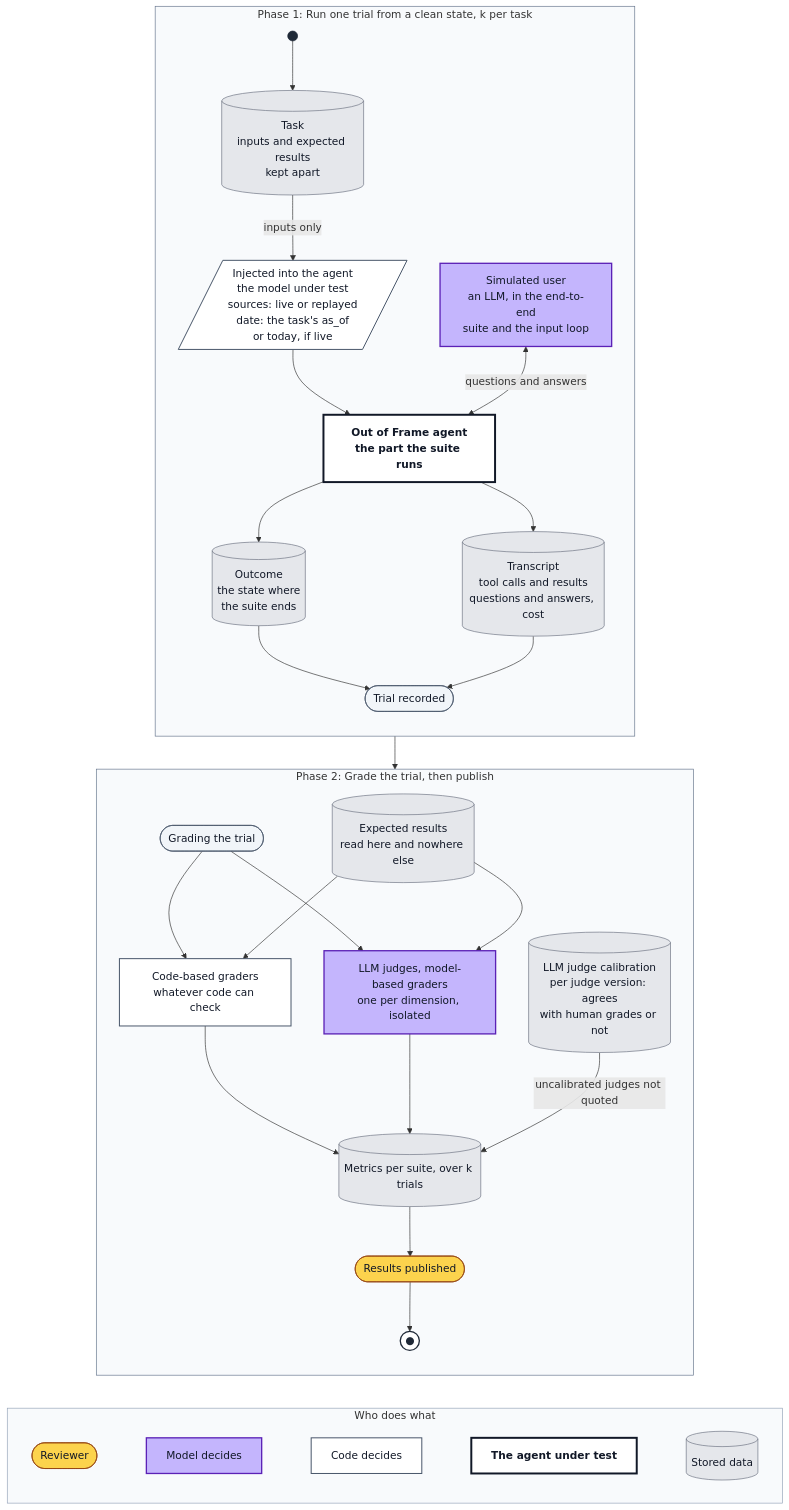
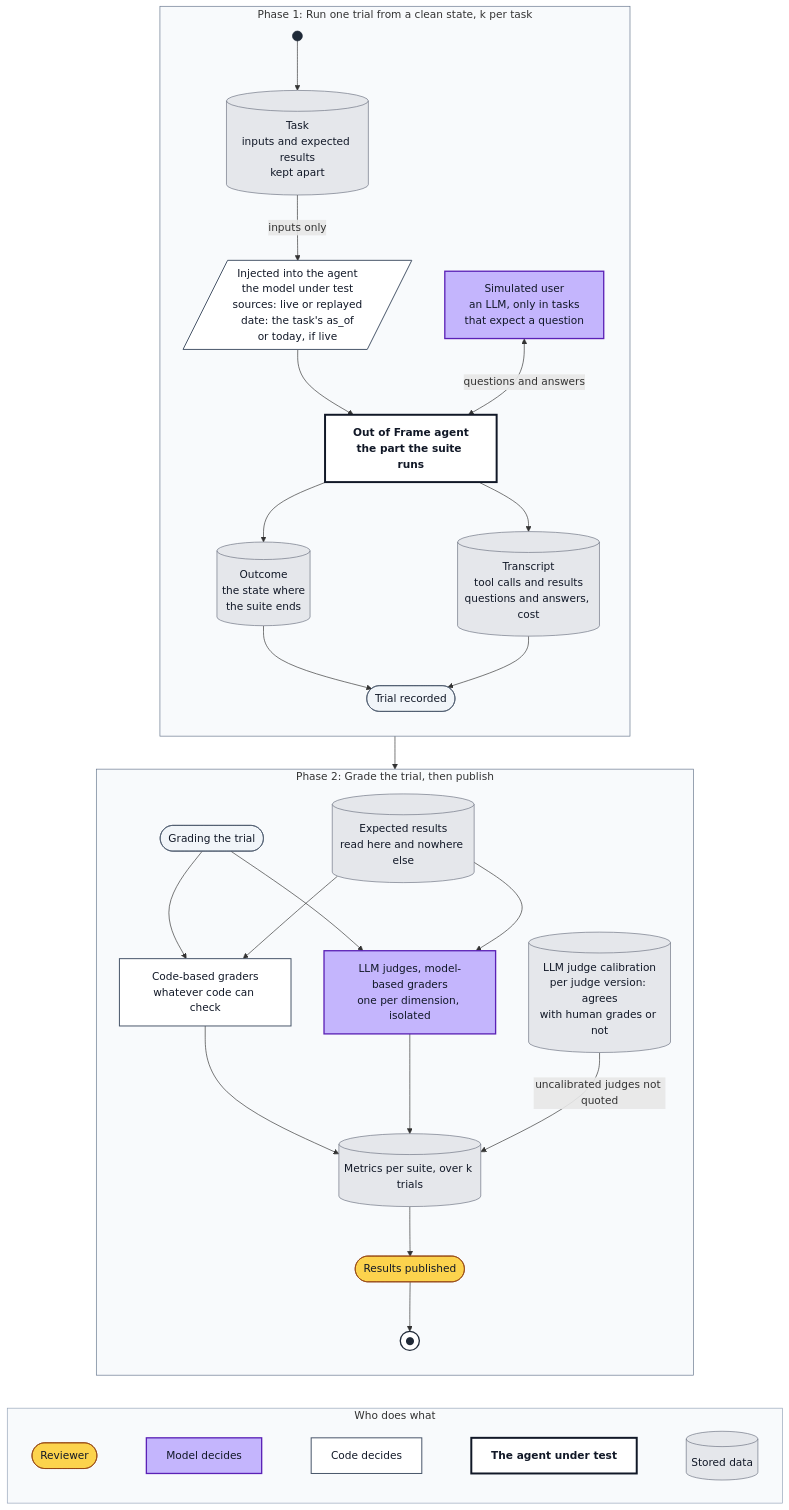
Before and after one commit to avashchenkov/out-of-frame: the second of 2 diagrams in docs/eval-architecture.md, drawn with Mermaid. The commit also changed other lines of this file, not shown here.

Commit message:
docs: run the simulated user only in tasks that expect a question

````diff
--- a/docs/eval-architecture.md
+++ b/docs/eval-architecture.md
@@ -523,67 +525,67 @@
 ```mermaid
 flowchart TD
     subgraph TRIALS["Phase 1: Run one trial from a clean state, k per task"]
         direction TB
         START((" ")):::start
         TASK[("Task<br/>inputs and expected results<br/>kept apart")]:::data
         INJ[/"Injected into the agent<br/>the model under test<br/>sources: live or replayed<br/>date: the task's as_of<br/>or today, if live"/]:::code
-        SIM["Simulated user<br/>an LLM, in the end-to-end<br/>suite and the input loop"]:::model
+        SIM["Simulated user<br/>an LLM, only in tasks<br/>that expect a question"]:::model
         AG["Out of Frame agent<br/>the part the suite runs"]:::sut
         OUTC[("Outcome<br/>the state where<br/>the suite ends")]:::data
         TRN[("Transcript<br/>tool calls and results<br/>questions and answers, cost")]:::data
         RD(["Trial recorded"]):::milestone
         START --> TASK
         TASK -->|"inputs only"| INJ
         INJ --> AG
         SIM <-->|"questions and answers"| AG
         AG --> OUTC
         AG --> TRN
         OUTC --> RD
         TRN --> RD
     end
 
     subgraph GRADE["Phase 2: Grade the trial, then publish"]
         direction TB
         GS(["Grading the trial"]):::milestone
         SC[("Expected results<br/>read here and nowhere else")]:::data
         CG["Code-based graders<br/>whatever code can check"]:::code
         JG["LLM judges, model-based graders<br/>one per dimension, isolated"]:::model
         CALD[("LLM judge calibration<br/>per judge version: agrees<br/>with human grades or not")]:::data
         MET[("Metrics per suite, over k trials")]:::data
         PUB(["Results published"]):::human
         STOP(("●")):::stop
         GS --> CG
         GS --> JG
         SC --> CG
         SC --> JG
         CG --> MET
         JG --> MET
         CALD -->|"uncalibrated judges not quoted"| MET
         MET --> PUB --> STOP
     end
 
     TRIALS --> GRADE
 
     subgraph KEY["Who does what"]
         direction LR
         k1(["Reviewer"]):::human
         k2["Model decides"]:::model
         k3["Code decides"]:::code
         k6["The agent under test"]:::sut
         k4[("Stored data")]:::data
         k1 ~~~ k2 ~~~ k3 ~~~ k6 ~~~ k4
     end
     GRADE ~~~ KEY
 
     classDef human fill:#fcd34d,stroke:#92400e,color:#111827
     classDef model fill:#c4b5fd,stroke:#5b21b6,stroke-width:2px,color:#111827
     classDef code fill:#ffffff,stroke:#475569,stroke-width:1.5px,color:#111827
     classDef sut fill:#ffffff,stroke:#111827,stroke-width:3px,color:#111827,font-weight:bold
     classDef data fill:#e5e7eb,stroke:#6b7280,color:#111827
     classDef milestone fill:#f1f5f9,stroke:#475569,color:#111827
     classDef start fill:#1f2937,stroke:#1f2937,color:#1f2937
     classDef stop fill:#ffffff,stroke:#1f2937,stroke-width:2px,color:#1f2937
     style TRIALS fill:#f8fafc,stroke:#64748b
     style GRADE fill:#f8fafc,stroke:#64748b
     style KEY fill:#f8fafc,stroke:#94a3b8
 ```
````
